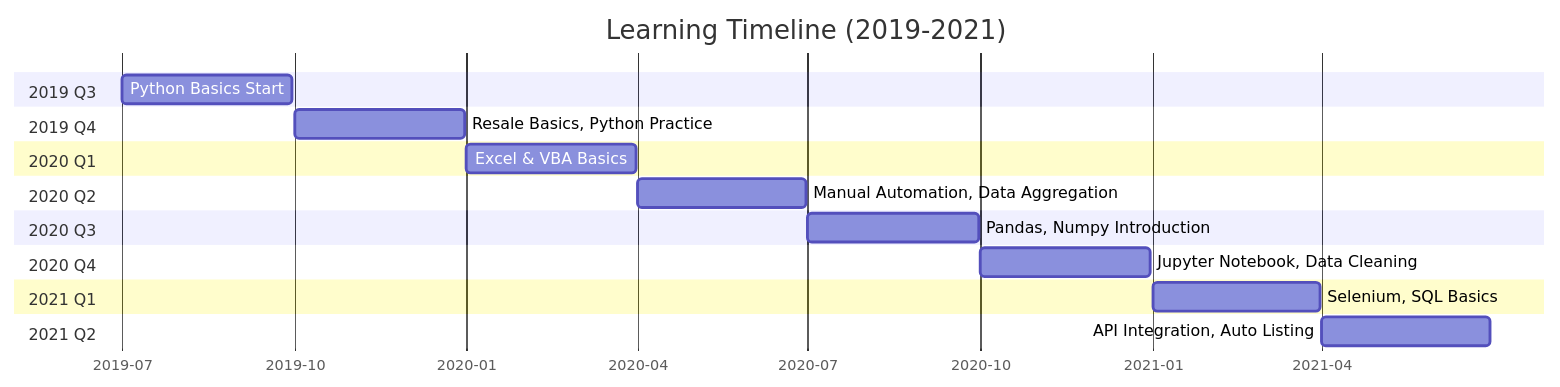
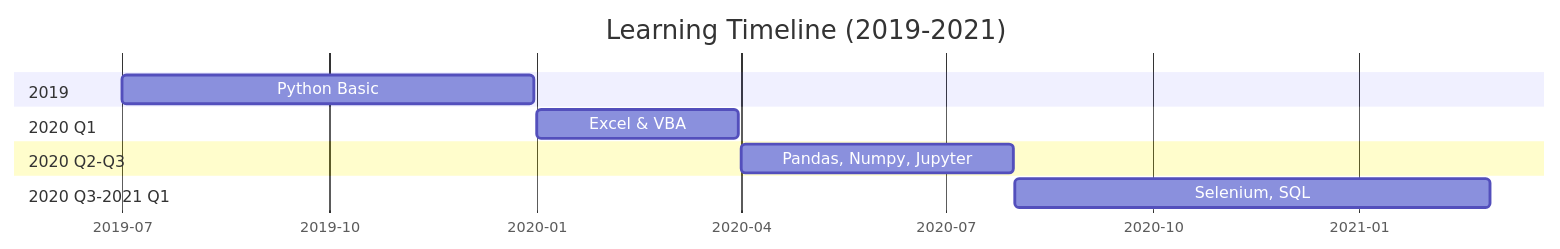
One commit to 0xkz1/resale-automation-archive changed the first of 2 diagrams in README.md. Above: the diagram before and after it, drawn with Mermaid. The commit also changed other lines of this file, not shown here.

Commit message:
refactor: adjust timeline to 4 blocks with specific date ranges
- Python Basic: 2019/7-2019/12
- Excel VBA: 2020/1-2020/3
- Pandas/Numpy/Jupyter: 2020/4-2020/7
- Selenium/SQL: 2020/8-2021/2

````diff
--- a/README.md
+++ b/README.md
@@ -10,30 +10,18 @@
 ```mermaid
 gantt
     title Learning Timeline (2019-2021)
     dateFormat YYYY-MM-DD
     axisFormat %Y-%m
 
-    section 2019 Q3
-    Python Basics Start :t1, 2019-07-01, 2019-09-30
-
-    section 2019 Q4
-    Resale Basics, Python Practice :t2, 2019-10-01, 2019-12-31
+    section 2019
+    Python Basic :t1, 2019-07-01, 2019-12-31
 
     section 2020 Q1
-    Excel & VBA Basics :t3, 2020-01-01, 2020-03-31
+    Excel & VBA :t2, 2020-01-01, 2020-03-31
 
-    section 2020 Q2
-    Manual Automation, Data Aggregation :t4, 2020-04-01, 2020-06-30
+    section 2020 Q2-Q3
+    Pandas, Numpy, Jupyter :t3, 2020-04-01, 2020-07-31
 
-    section 2020 Q3
-    Pandas, Numpy Introduction :t5, 2020-07-01, 2020-09-30
-
-    section 2020 Q4
-    Jupyter Notebook, Data Cleaning :t6, 2020-10-01, 2020-12-31
-
-    section 2021 Q1
-    Selenium, SQL Basics :t7, 2021-01-01, 2021-03-31
-
-    section 2021 Q2
-    API Integration, Auto Listing :t8, 2021-04-01, 2021-06-30
+    section 2020 Q3-2021 Q1
+    Selenium, SQL :t4, 2020-08-01, 2021-02-28
 ```
````
